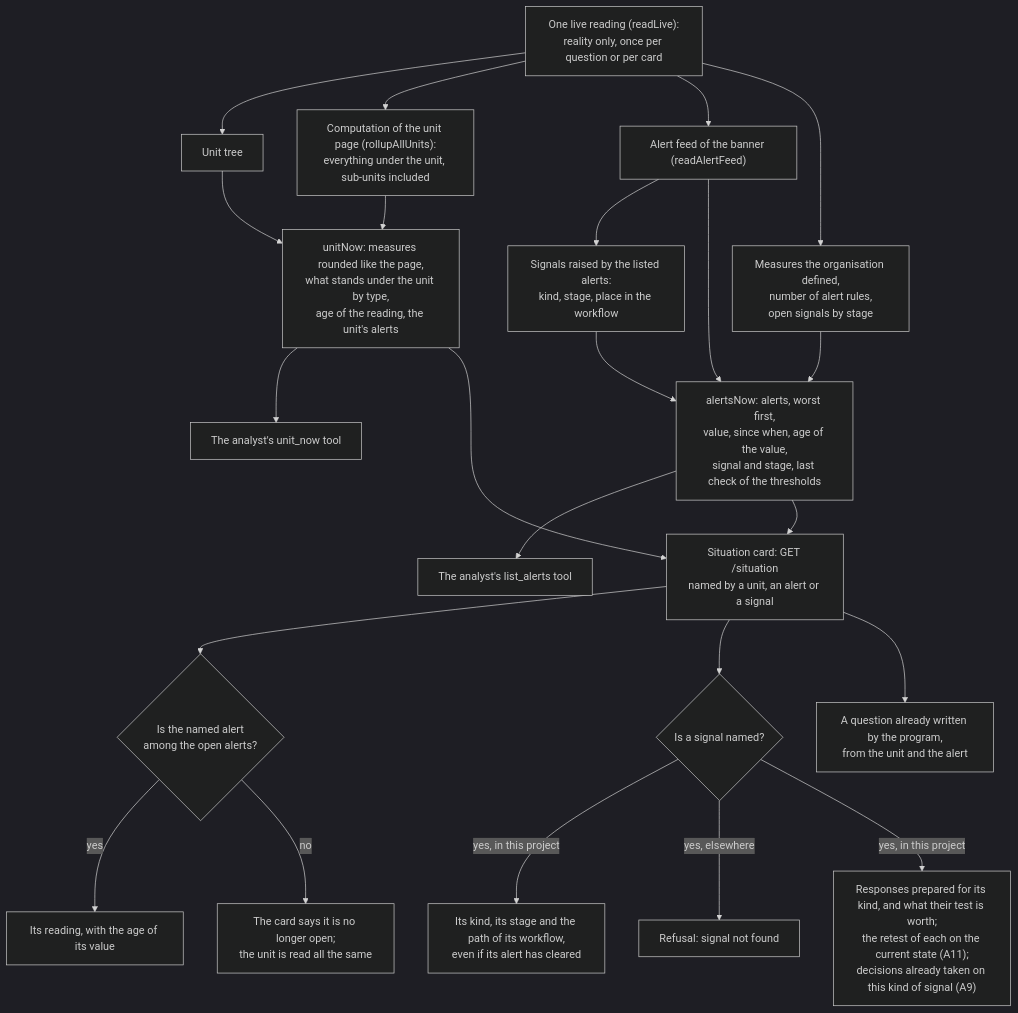
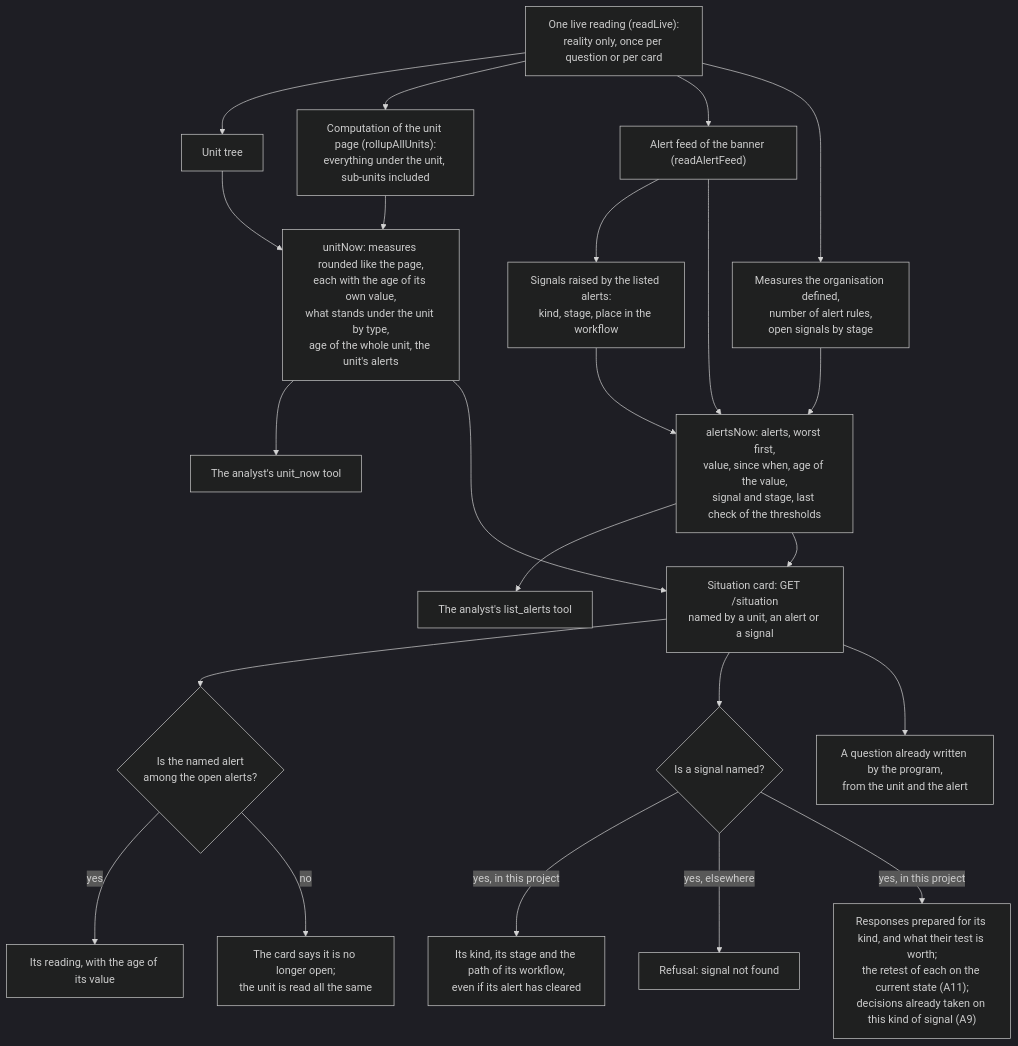
One commit to V1ktor7/obscyro changed diagram 33 of 34 in frontend/content/docs/product/algorithms.md. Above: the diagram before and after it, drawn with Mermaid (dark theme). The commit also changed other lines of this file and 34 other files, not shown here.

````diff
--- a/frontend/content/docs/product/algorithms.md
+++ b/frontend/content/docs/product/algorithms.md
@@ -1046,25 +1073,25 @@
 ```mermaid
 flowchart TD
     A["One live reading (readLive):<br/>reality only, once per question or per card"] --> B["Unit tree"]
     A --> C["Computation of the unit page (rollupAllUnits):<br/>everything under the unit, sub-units included"]
     A --> D["Alert feed of the banner (readAlertFeed)"]
     A --> E["Measures the organisation defined,<br/>number of alert rules,<br/>open signals by stage"]
     D --> F["Signals raised by the listed alerts:<br/>kind, stage, place in the workflow"]
-    B --> G["unitNow: measures rounded like the page,<br/>what stands under the unit by type,<br/>age of the reading, the unit's alerts"]
+    B --> G["unitNow: measures rounded like the page,<br/>each with the age of its own value,<br/>what stands under the unit by type,<br/>age of the whole unit, the unit's alerts"]
     C --> G
     D --> H["alertsNow: alerts, worst first,<br/>value, since when, age of the value,<br/>signal and stage, last check of the thresholds"]
     E --> H
     F --> H
     G --> I["The analyst's unit_now tool"]
     H --> J["The analyst's list_alerts tool"]
     G --> K["Situation card: GET /situation<br/>named by a unit, an alert or a signal"]
     H --> K
     K --> L{"Is the named alert<br/>among the open alerts?"}
     L -->|"yes"| M["Its reading, with the age of its value"]
     L -->|"no"| N["The card says it is no longer open;<br/>the unit is read all the same"]
     K --> O{"Is a signal named?"}
     O -->|"yes, in this project"| P["Its kind, its stage and the path of its workflow,<br/>even if its alert has cleared"]
     O -->|"yes, elsewhere"| Q["Refusal: signal not found"]
     K --> R["A question already written by the program,<br/>from the unit and the alert"]
     O -->|"yes, in this project"| S["Responses prepared for its kind, and what their test is worth;<br/>the retest of each on the current state (A11);<br/>decisions already taken on this kind of signal (A9)"]
 ```
````
